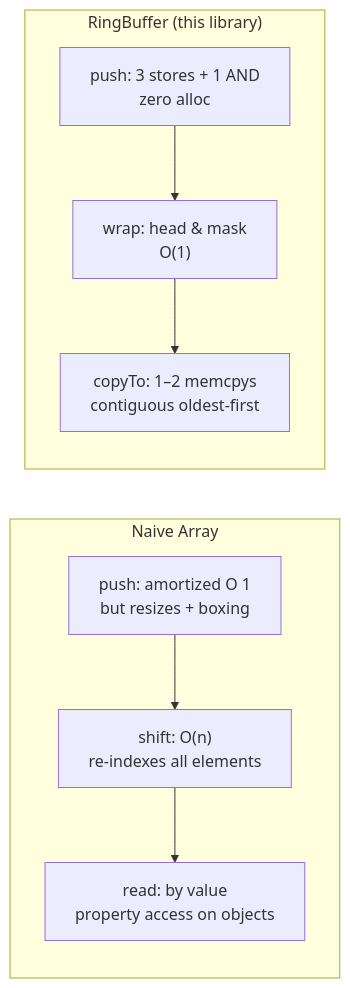
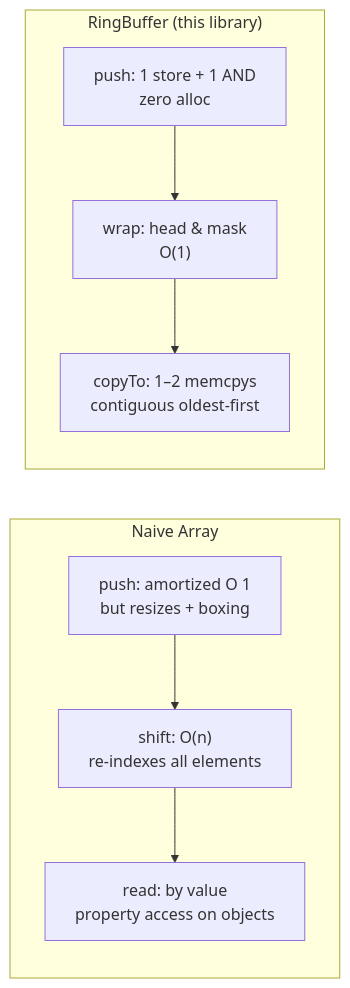
The first of 4 diagrams in README.md (PeshoVurtoleta/lite-ring-buffer), drawn with Mermaid before and after one commit. The commit also changed other lines of this file and 6 other files, not shown here.

````diff
--- a/README.md
+++ b/README.md
@@ -68,17 +70,17 @@
 ```mermaid
 flowchart LR
     subgraph N["Naive Array"]
         direction TB
         N1["push: amortized O 1<br/>but resizes + boxing"]
         N2["shift: O(n)<br/>re-indexes all elements"]
         N3["read: by value<br/>property access on objects"]
         N1 --> N2 --> N3
     end
     subgraph R["RingBuffer (this library)"]
         direction TB
-        R1["push: 3 stores + 1 AND<br/>zero alloc"]
+        R1["push: 1 store + 1 AND<br/>zero alloc"]
         R2["wrap: head & mask<br/>O(1)"]
         R3["copyTo: 1–2 memcpys<br/>contiguous oldest-first"]
         R1 --> R2 --> R3
     end
 ```
````
